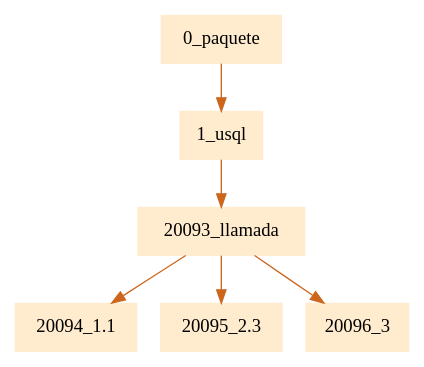
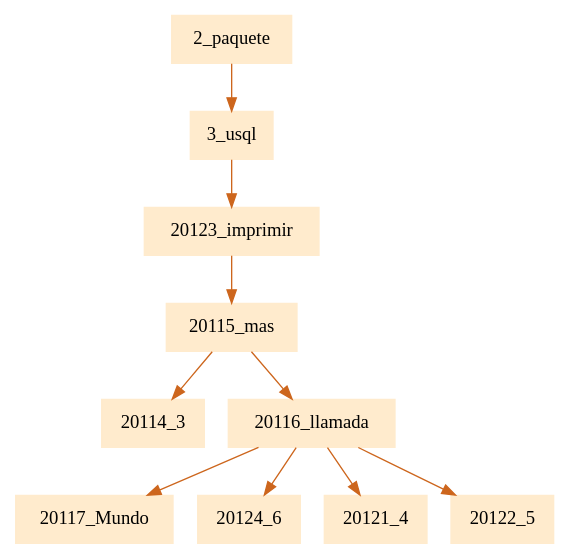
The diagram in pr1Compilarodores2/paquete.dot (JamesMelgar/compi2javaccpr1), drawn with Graphviz before and after one commit. The commit also changed 23 other files, not shown here.

```diff
--- a/pr1Compilarodores2/paquete.dot
+++ b/pr1Compilarodores2/paquete.dot
@@ -1,5 +1,5 @@
 digraph G {node[shape=box, style=filled, color=blanchedalmond]; edge[color=chocolate3];rankdir=UD 
 
-"0_paquete"->"1_usql""1_usql"->"20093_llamada""20093_llamada"->"20094_1.1""20093_llamada"->"20095_2.3""20093_llamada"->"20096_3"
+"2_paquete"->"3_usql""3_usql"->"20123_imprimir""20123_imprimir"->"20115_mas""20115_mas"->"20114_3""20115_mas"->"20116_llamada""20116_llamada"->"20117_Mundo""20116_llamada"->"20124_6""20116_llamada"->"20121_4""20116_llamada"->"20122_5"
 
 }
```
